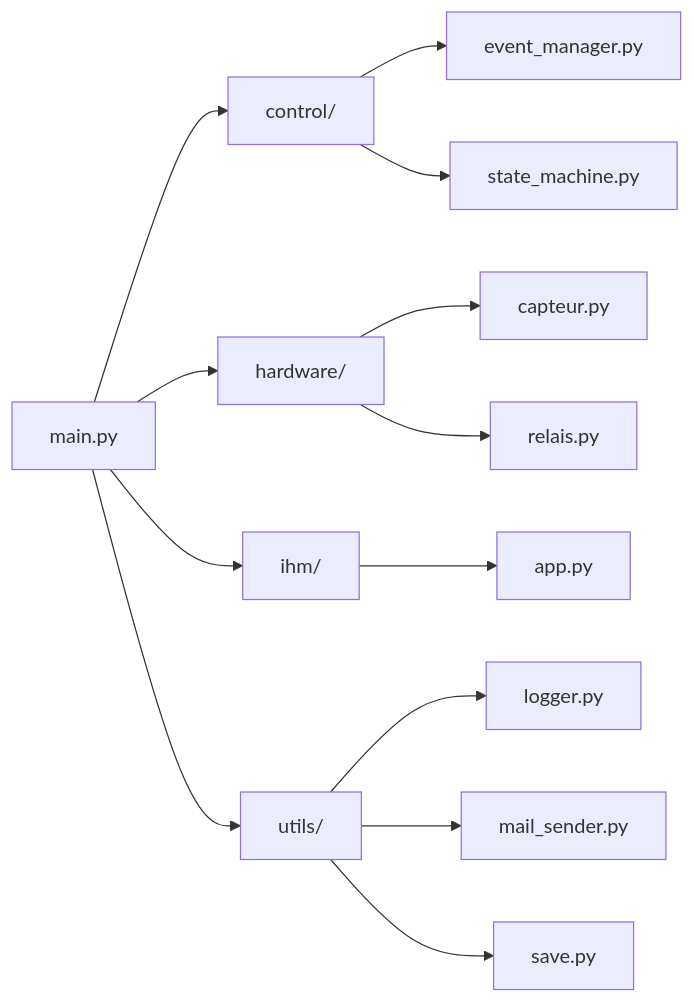
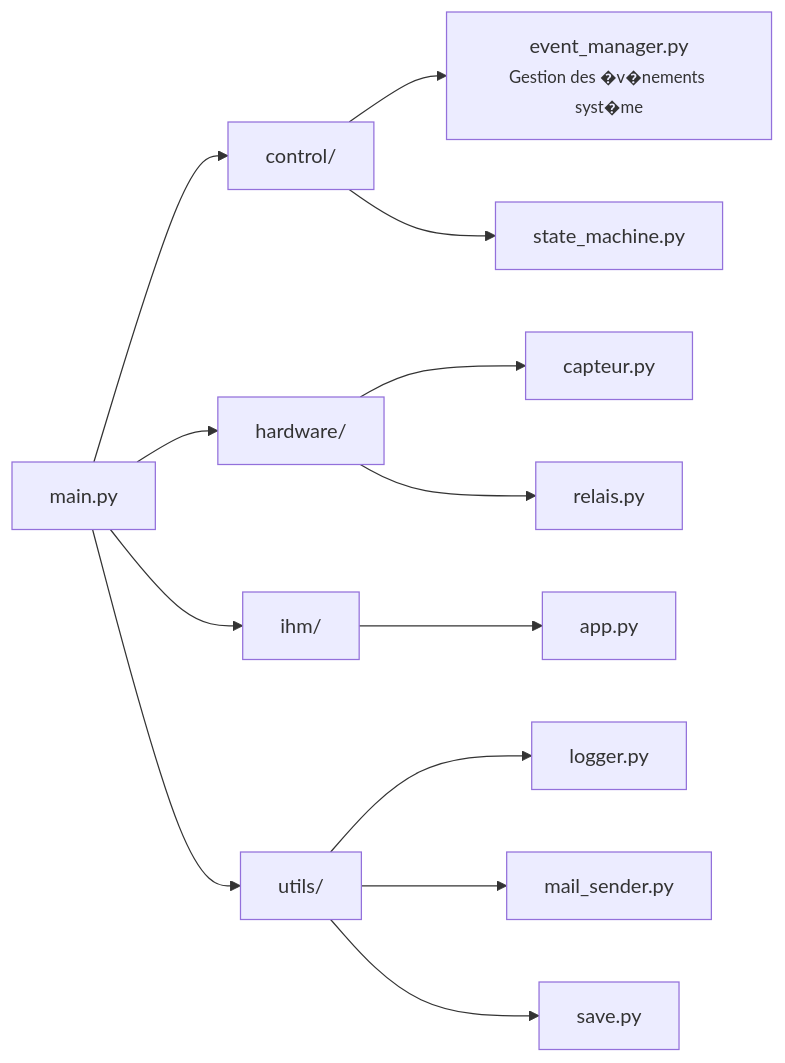
One commit to Mathieu-GRSSN/etuve-HALCYON changed the diagram in README.md. Above: the diagram before and after it, drawn with Mermaid.

Commit message:
Amélioration README.md

````diff
--- a/README.md
+++ b/README.md
@@ -85,23 +85,23 @@
 ```mermaid
 flowchart LR
 
     MAIN[main.py]
 
     MAIN --> CONTROL[control/]
     MAIN --> HARDWARE[hardware/]
     MAIN --> IHM[ihm/]
     MAIN --> UTILS[utils/]
 
-    CONTROL --> EVENT[event_manager.py]
+    CONTROL --> EVENT[event_manager.py<br/><small>Gestion des �v�nements syst�me</small>]
     CONTROL --> STATE[state_machine.py]
 
     HARDWARE --> CAPTEUR[capteur.py]
     HARDWARE --> RELAIS[relais.py]
 
     IHM --> APP[app.py]
 
     UTILS --> LOGGER[logger.py]
     UTILS --> SEND[mail_sender.py]
     UTILS --> SAVE[save.py]
 
 ```
````
